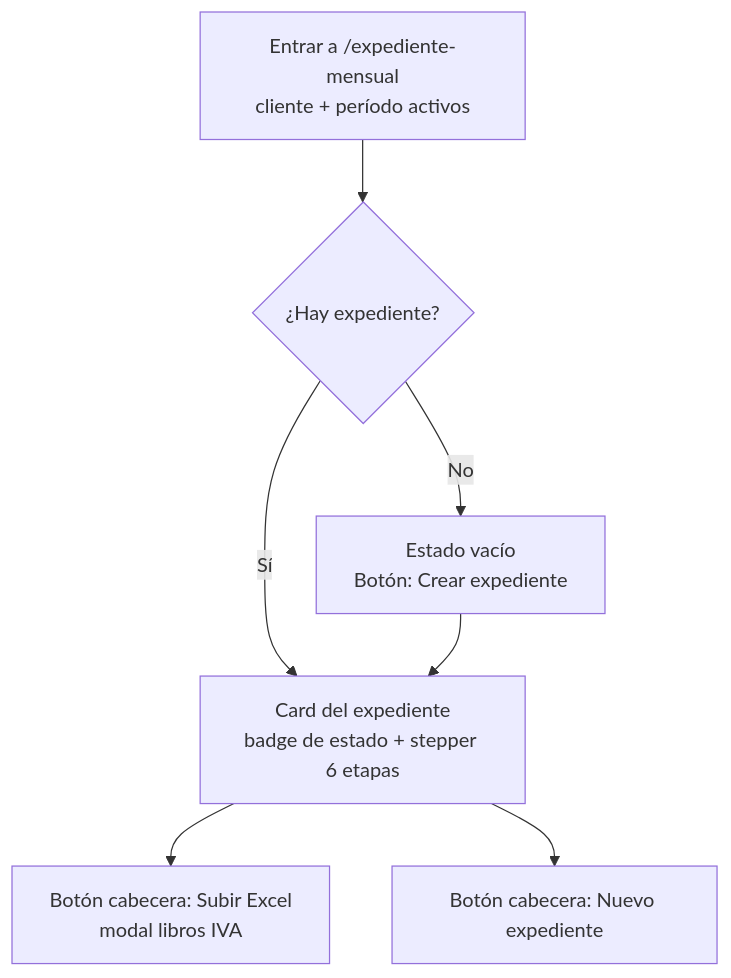
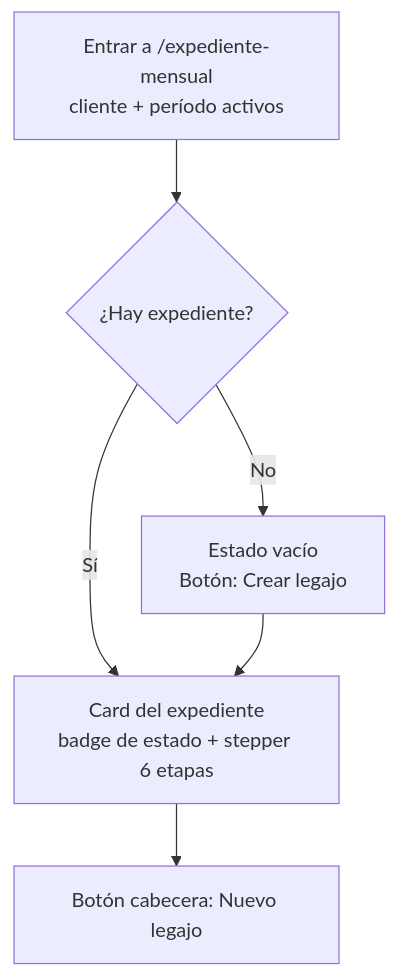
Before and after one commit to TataInti/contable: the first of 10 diagrams in docs/flujograma-expediente-mensual.md, drawn with Mermaid. The commit also changed other lines of this file, not shown here.

First line of the commit message:
Foco 2.4 (R02): flujograma del Legajo con los botones y confirmaciones vigentes

````diff
--- a/docs/flujograma-expediente-mensual.md
+++ b/docs/flujograma-expediente-mensual.md
@@ -19,9 +19,8 @@
 ```mermaid
 flowchart TD
     A[Entrar a /expediente-mensual<br/>cliente + período activos] --> B{¿Hay expediente?}
-    B -- No --> C[Estado vacío<br/>Botón: Crear expediente]
+    B -- No --> C[Estado vacío<br/>Botón: Crear legajo]
     B -- Sí --> D[Card del expediente<br/>badge de estado + stepper 6 etapas]
     C --> D
-    D --> E[Botón cabecera: Subir Excel<br/>modal libros IVA]
-    D --> F[Botón cabecera: Nuevo expediente]
+    D --> F[Botón cabecera: Nuevo legajo]
 ```
````
